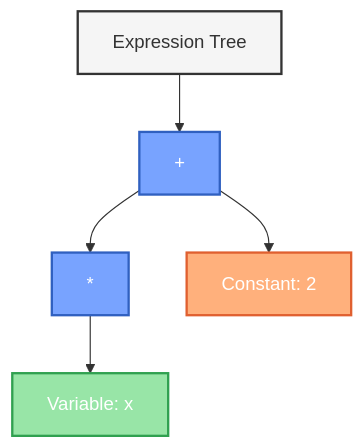
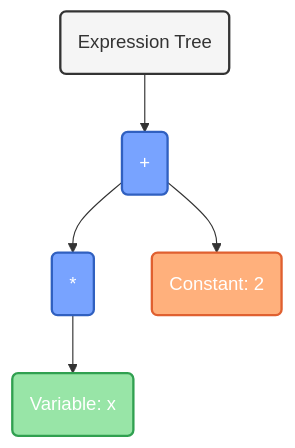
One commit to rdguerrerom/AutoDiff changed the second of 5 diagrams in README.md. Above: the diagram before and after it, drawn with Mermaid. The commit also changed other lines of this file, not shown here.

````diff
--- a/README.md
+++ b/README.md
@@ -107,17 +107,17 @@
 ```mermaid
-graph TD
-    A["Expression Tree"] --> B["+"]
-    B --> C["*"]
-    B --> D["Constant: 2"]
-    C --> E["Variable: x"]
+flowchart TD
+    A("Expression Tree") --> B("+")
+    B --> C("*")
+    B --> D("Constant: 2")
+    C --> E("Variable: x")
     
     classDef root fill:#f5f5f5,stroke:#333,stroke-width:2px,color:#333
     classDef operation fill:#78a3ff,stroke:#3060c0,stroke-width:2px,color:#fff
     classDef constant fill:#ffb07c,stroke:#e06030,stroke-width:2px,color:#fff
     classDef variable fill:#98e5a7,stroke:#30a050,stroke-width:2px,color:#fff
     
     class A root
     class B,C operation
     class D constant
     class E variable
 ```
````
